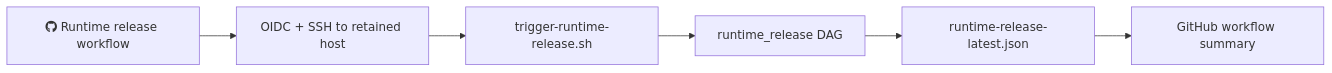
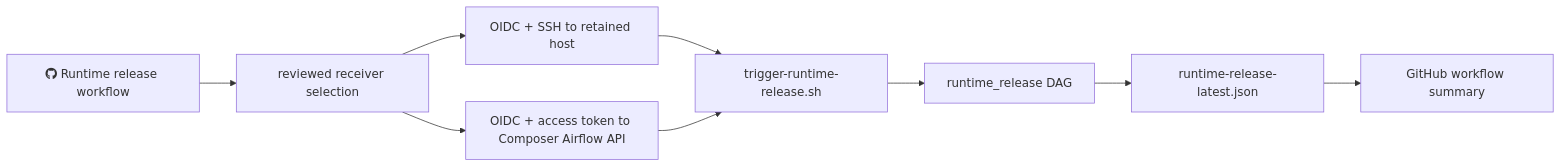
One commit to javihslu/foehncast changed the second of 2 diagrams in docs/site/system/delivery-and-operator-workflow.md. Above: the diagram before and after it, drawn with Mermaid. The commit also changed other lines of this file and 10 other files, not shown here.

Commit message:
feat(orchestration): add explicit Composer runtime handoff

```diff
--- a/docs/site/system/delivery-and-operator-workflow.md
+++ b/docs/site/system/delivery-and-operator-workflow.md
@@ -136,8 +138,11 @@
 <div class="mermaid">
 flowchart LR
-    GHW["fab:fa-github Runtime release workflow"] --> SSH["OIDC + SSH to retained host"]
+    GHW["fab:fa-github Runtime release workflow"] --> TARGET["reviewed receiver selection"]
+    TARGET --> SSH["OIDC + SSH to retained host"]
+    TARGET --> API["OIDC + access token to Composer Airflow API"]
     SSH --> SCRIPT["trigger-runtime-release.sh"]
+    API --> SCRIPT
     SCRIPT --> DAG["runtime_release DAG"]
     DAG --> REPORT["runtime-release-latest.json"]
     REPORT --> SUMMARY["GitHub workflow summary"]
 </div>
```
